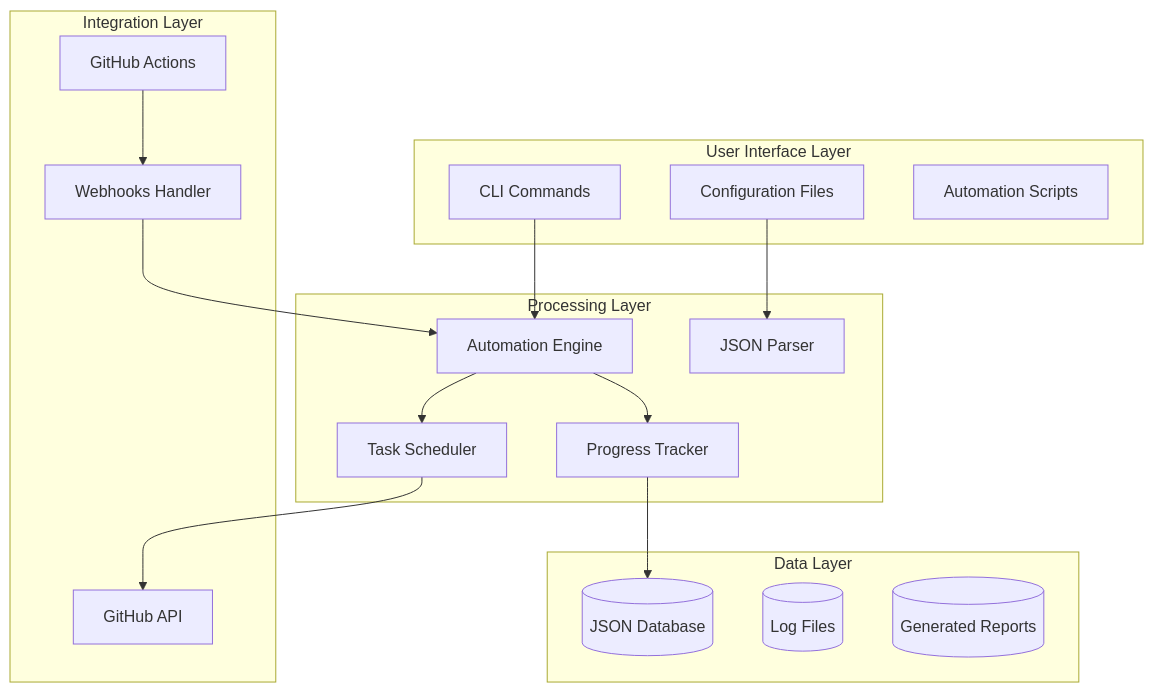
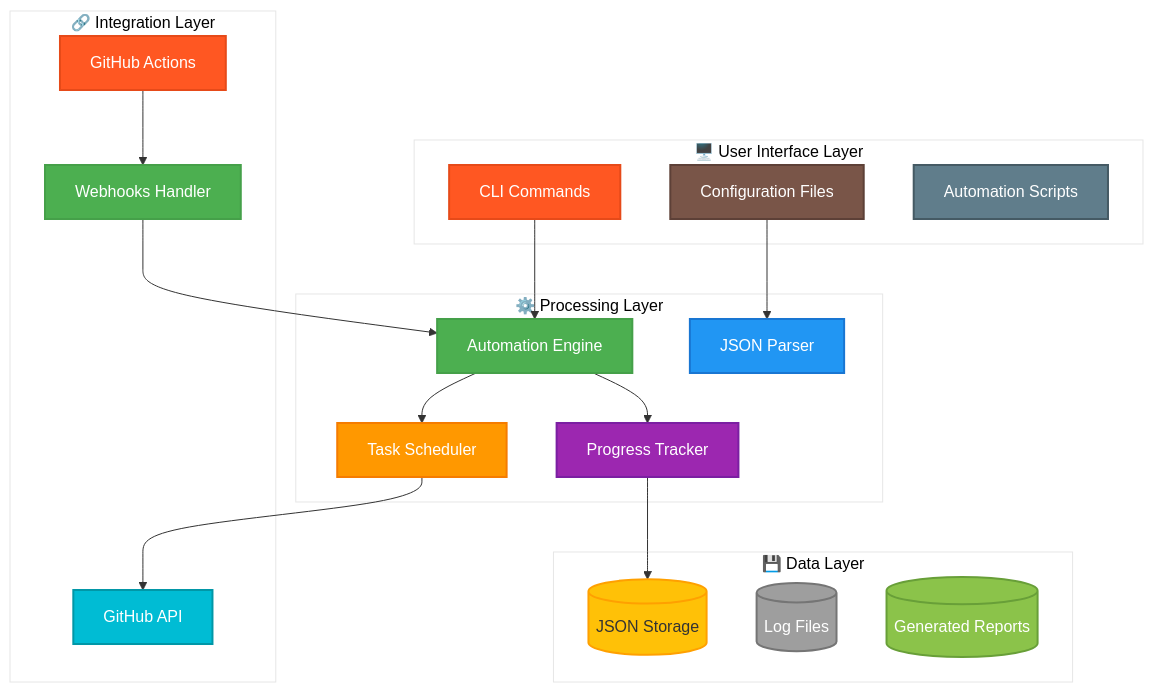
The second of 13 diagrams in README.md (Shakour-Data/AutoProjectManagement), drawn with Mermaid before and after one commit. The commit also changed other lines of this file, not shown here.

Commit message:
`Added detailed system architecture diagrams and UML diagrams to the README file.`

````diff
--- a/README.md
+++ b/README.md
@@ -37,36 +38,51 @@
 ```mermaid
+%%{init: {'theme':'base', 'themeVariables': { 'primaryColor': '#FF5722', 'primaryTextColor': '#fff', 'primaryBorderColor': '#E64A19', 'lineColor': '#333', 'secondaryColor': '#795548', 'tertiaryColor': '#fff'}}}%%
 graph TB
-    subgraph "User Interface Layer"
+    subgraph "🖥️ User Interface Layer"
         CLI[CLI Commands]
         Config[Configuration Files]
         Scripts[Automation Scripts]
     end
     
-    subgraph "Processing Layer"
+    subgraph "⚙️ Processing Layer"
         Engine[Automation Engine]
         Parser[JSON Parser]
         Scheduler[Task Scheduler]
         Tracker[Progress Tracker]
     end
     
-    subgraph "Integration Layer"
+    subgraph "🔗 Integration Layer"
         GitHubAPI[GitHub API]
         Actions[GitHub Actions]
         Webhooks[Webhooks Handler]
     end
     
-    subgraph "Data Layer"
-        JSONDB[(JSON Database)]
+    subgraph "💾 Data Layer"
+        JSONDB[(JSON Storage)]
         Logs[(Log Files)]
         Reports[(Generated Reports)]
     end
     
     CLI --> Engine
     Config --> Parser
     Engine --> Scheduler
     Scheduler --> GitHubAPI
     Engine --> Tracker
     Tracker --> JSONDB
     Actions --> Webhooks
     Webhooks --> Engine
+    
+    style CLI fill:#FF5722,stroke:#E64A19,stroke-width:2px,color:#fff
+    style Config fill:#795548,stroke:#5D4037,stroke-width:2px,color:#fff
+    style Scripts fill:#607D8B,stroke:#455A64,stroke-width:2px,color:#fff
+    style Engine fill:#4CAF50,stroke:#45a049,stroke-width:2px,color:#fff
+    style Parser fill:#2196F3,stroke:#1976D2,stroke-width:2px,color:#fff
+    style Scheduler fill:#FF9800,stroke:#F57C00,stroke-width:2px,color:#fff
+    style Tracker fill:#9C27B0,stroke:#7B1FA2,stroke-width:2px,color:#fff
+    style GitHubAPI fill:#00BCD4,stroke:#0097A7,stroke-width:2px,color:#fff
+    style Actions fill:#FF5722,stroke:#E64A19,stroke-width:2px,color:#fff
+    style Webhooks fill:#4CAF50,stroke:#45a049,stroke-width:2px,color:#fff
+    style JSONDB fill:#FFC107,stroke:#FFA000,stroke-width:2px,color:#333
+    style Logs fill:#9E9E9E,stroke:#757575,stroke-width:2px,color:#fff
+    style Reports fill:#8BC34A,stroke:#689F38,stroke-width:2px,color:#fff
 ```
````
